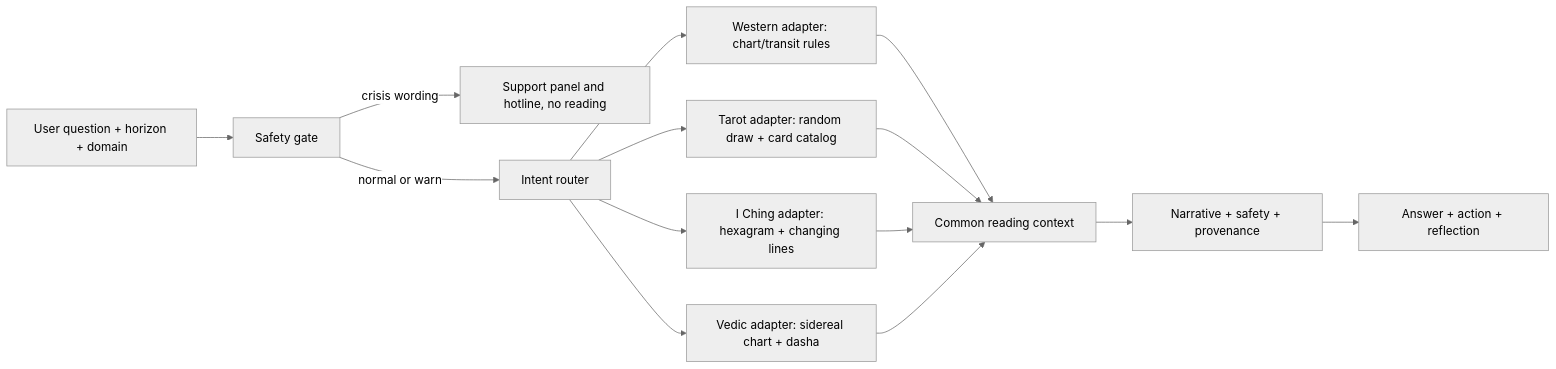
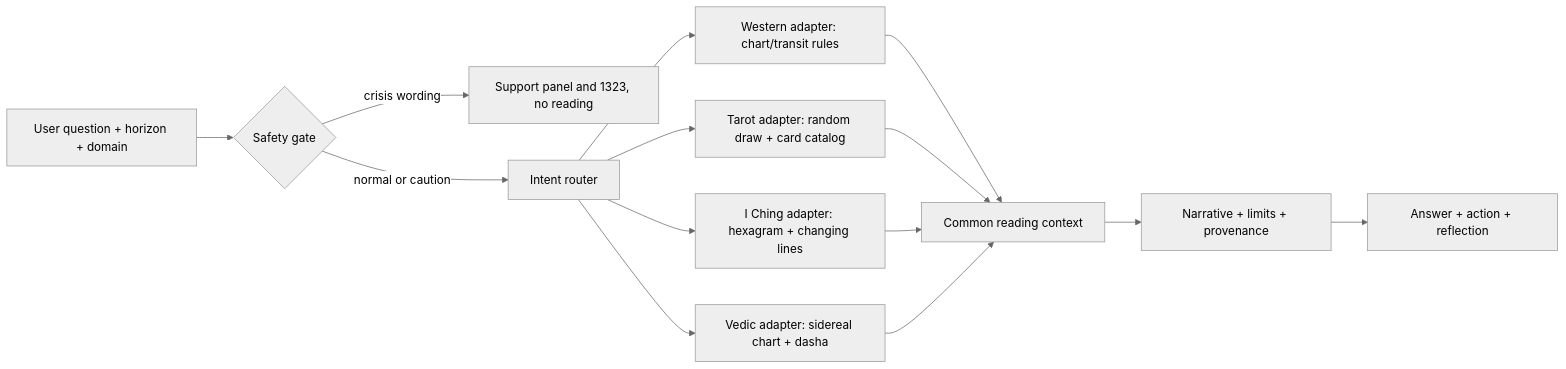
The first of 3 diagrams in ANSWER.md (Dxrksvng/AIdailyFortune), drawn with Mermaid (neutral theme) before and after one commit. The commit also changed other lines of this file and 3 other files, not shown here.

````diff
--- a/ANSWER.md
+++ b/ANSWER.md
@@ -45,16 +80,16 @@
 ```mermaid
 flowchart LR
-    Q[User question + horizon + domain] --> G[Safety gate]
-    G -->|crisis wording| H[Support panel and hotline, no reading]
-    G -->|normal or warn| R[Intent router]
+    Q[User question + horizon + domain] --> G{Safety gate}
+    G -->|crisis wording| H[Support panel and 1323, no reading]
+    G -->|normal or caution| R[Intent router]
     R --> W[Western adapter: chart/transit rules]
     R --> T[Tarot adapter: random draw + card catalog]
     R --> I[I Ching adapter: hexagram + changing lines]
     R --> V[Vedic adapter: sidereal chart + dasha]
     W --> C[Common reading context]
     T --> C
     I --> C
     V --> C
-    C --> N[Narrative + safety + provenance]
+    C --> N[Narrative + limits + provenance]
     N --> F[Answer + action + reflection]
 ```
````
